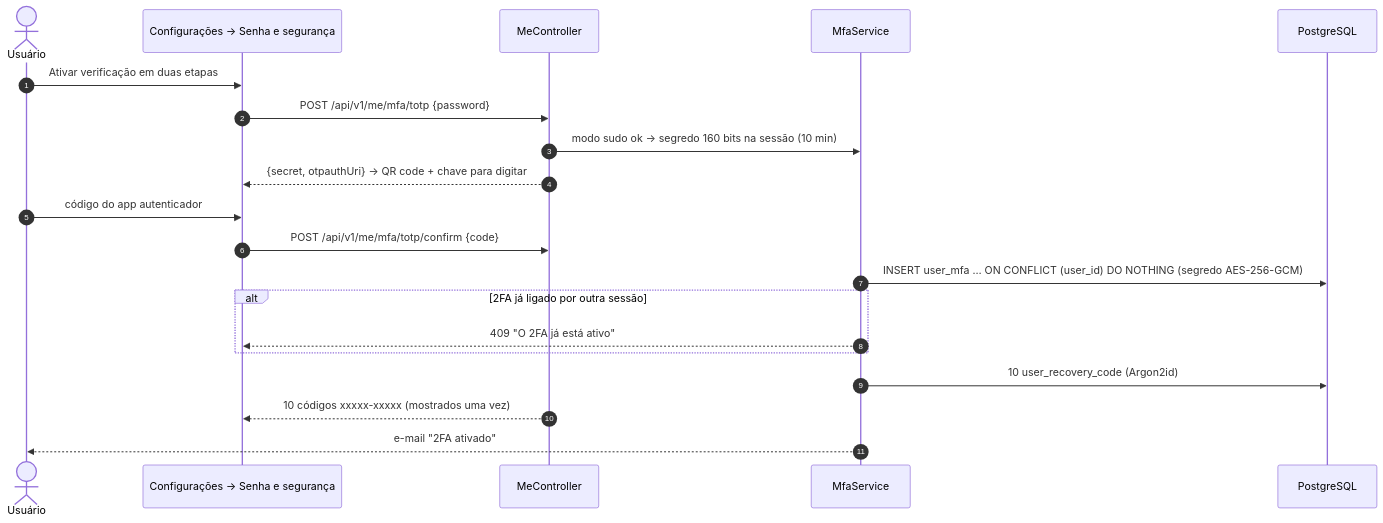
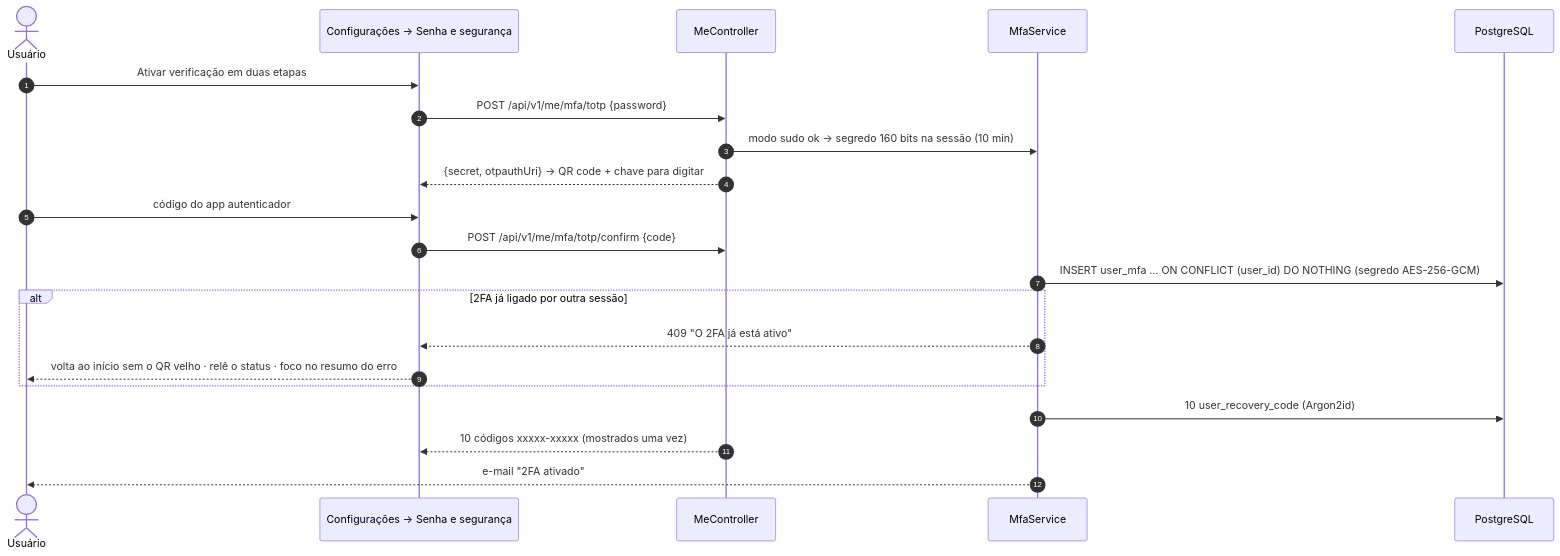
One commit to MatheusHaliski/orange_social_velion changed the fourth of 5 diagrams in docs/rf/RF27-autenticacao-sessao.md. Above: the diagram before and after it, drawn with Mermaid. The commit also changed other lines of this file and 14 other files, not shown here.

````diff
--- a/docs/rf/RF27-autenticacao-sessao.md
+++ b/docs/rf/RF27-autenticacao-sessao.md
@@ -158,23 +184,24 @@
 ```mermaid
 sequenceDiagram
     autonumber
     actor U as Usuário
     participant APP as Configurações → Senha e segurança
     participant API as MeController
     participant M as MfaService
     participant DB as PostgreSQL
 
     U->>APP: Ativar verificação em duas etapas
     APP->>API: POST /api/v1/me/mfa/totp {password}
     API->>M: modo sudo ok → segredo 160 bits na sessão (10 min)
     API-->>APP: {secret, otpauthUri} → QR code + chave para digitar
     U->>APP: código do app autenticador
     APP->>API: POST /api/v1/me/mfa/totp/confirm {code}
     M->>DB: INSERT user_mfa … ON CONFLICT (user_id) DO NOTHING (segredo AES-256-GCM)
     alt 2FA já ligado por outra sessão
         M-->>APP: 409 "O 2FA já está ativo"
+        APP-->>U: volta ao início sem o QR velho · relê o status · foco no resumo do erro
     end
     M->>DB: 10 user_recovery_code (Argon2id)
     API-->>APP: 10 códigos xxxxx-xxxxx (mostrados uma vez)
     M-->>U: e-mail "2FA ativado"
 ```
````
